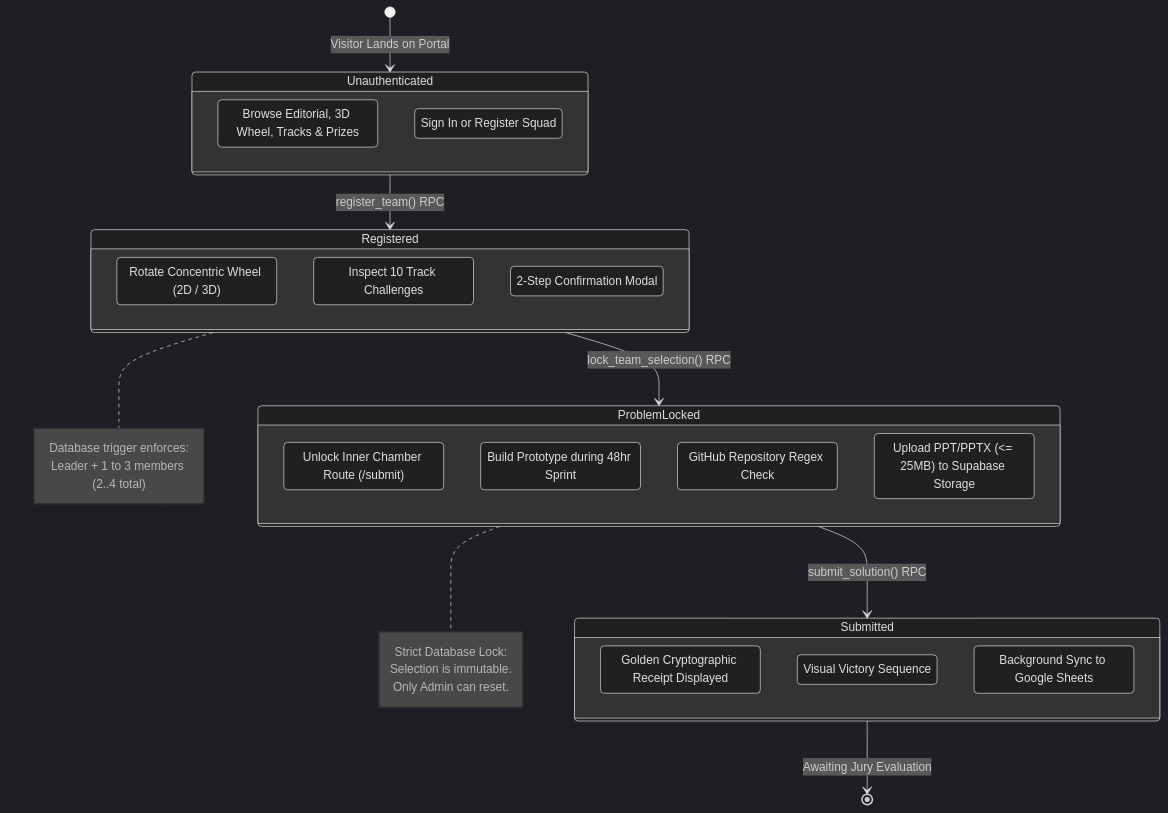
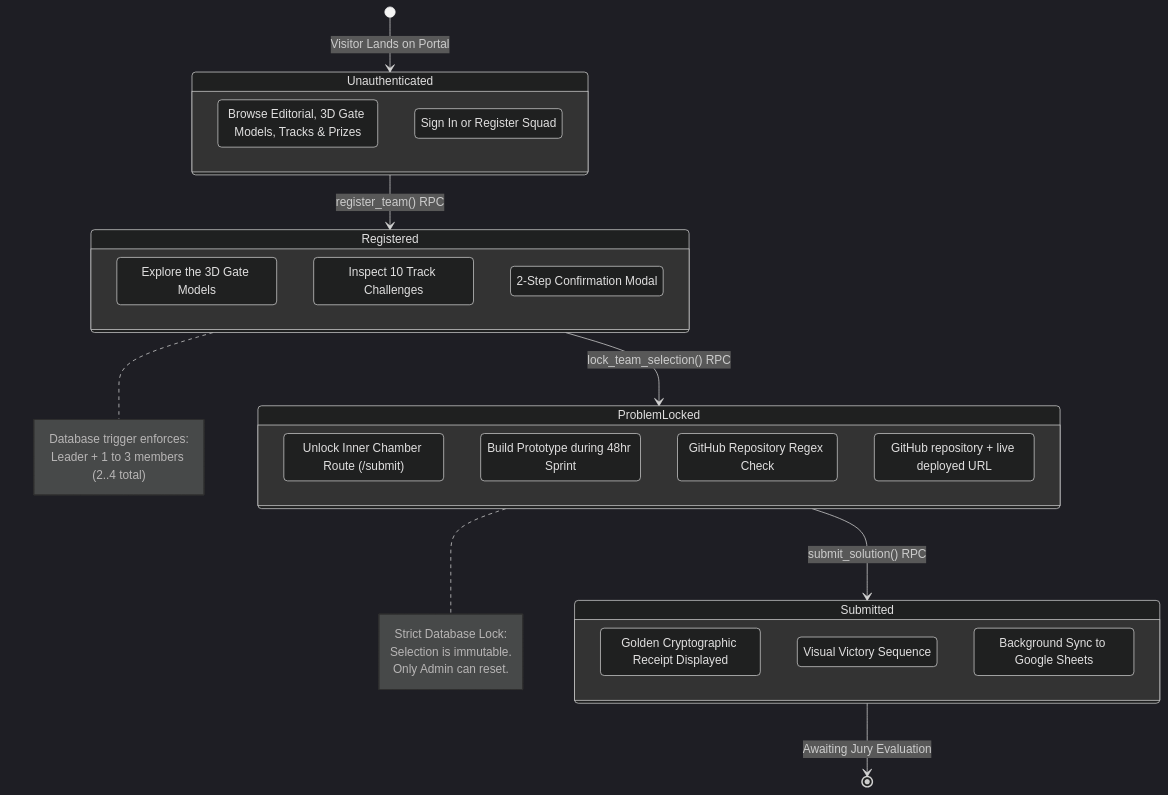
The third of 5 diagrams in README.md (Ramcharanvinay/Chakravyuh-hackathon), drawn with Mermaid (dark theme) before and after one commit. The commit also changed other lines of this file, not shown here.

Commit message:
docs: align README with the app (no PPT upload, real schema, CAD 3D models, setup steps, live link)

````diff
--- a/README.md
+++ b/README.md
@@ -161,45 +156,45 @@
 ```mermaid
 stateDiagram-v2
     [*] --> Unauthenticated: Visitor Lands on Portal
 
     state Unauthenticated {
-        ExplorePublic: Browse Editorial, 3D Wheel, Tracks & Prizes
+        ExplorePublic: Browse Editorial, 3D Gate Models, Tracks & Prizes
         AuthModal: Sign In or Register Squad
     }
 
     Unauthenticated --> Registered: register_team() RPC
     note right of Registered
       Database trigger enforces:
       Leader + 1 to 3 members (2..4 total)
     end note
 
     state Registered {
-        BrowseGates: Rotate Concentric Wheel (2D / 3D)
+        BrowseGates: Explore the 3D Gate Models
         ViewDossiers: Inspect 10 Track Challenges
         ConfirmModal: 2-Step Confirmation Modal
     }
 
     Registered --> ProblemLocked: lock_team_selection() RPC
     note right of ProblemLocked
       Strict Database Lock:
       Selection is immutable.
       Only Admin can reset.
     end note
 
     state ProblemLocked {
         ChamberAccess: Unlock Inner Chamber Route (/submit)
         DraftSolution: Build Prototype during 48hr Sprint
         ValidateRepo: GitHub Repository Regex Check
-        UploadDeck: Upload PPT/PPTX (<= 25MB) to Supabase Storage
+        SubmitLinks: GitHub repository + live deployed URL
     }
 
     ProblemLocked --> Submitted: submit_solution() RPC
     
     state Submitted {
         SealedReceipt: Golden Cryptographic Receipt Displayed
         ConfettiCelebration: Visual Victory Sequence
         EdgeSync: Background Sync to Google Sheets
     }
 
     Submitted --> [*]: Awaiting Jury Evaluation
 ```
````
